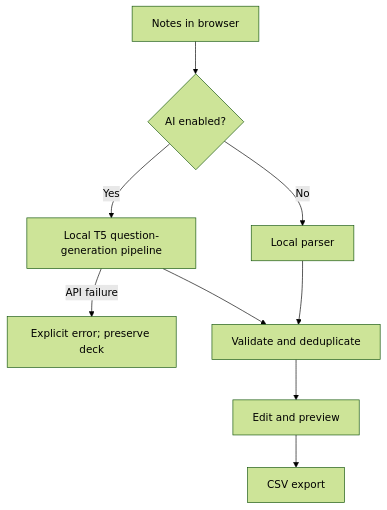
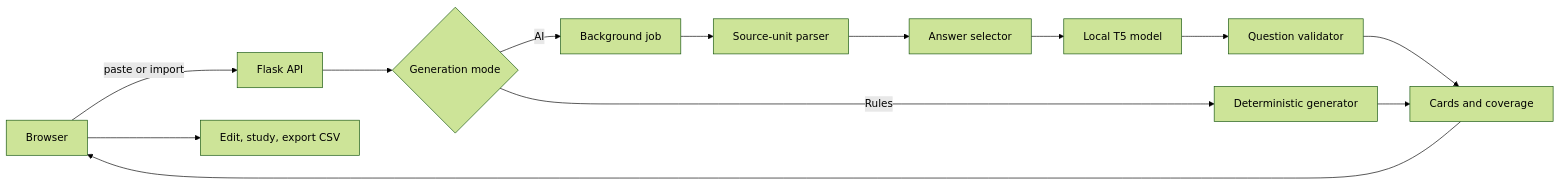
One commit to kevinhshen/Flashcard-Generator-AI changed the diagram in docs/architecture.md. Above: the diagram before and after it, drawn with Mermaid (forest theme). The commit also changed other lines of this file and 17 other files, not shown here.

````diff
--- a/docs/architecture.md
+++ b/docs/architecture.md
@@ -11,11 +9,15 @@
 ```mermaid
-flowchart TD
-    A[Notes in browser] --> B{AI enabled?}
-    B -- No --> C[Local parser]
-    B -- Yes --> D[Local T5 question-generation pipeline]
-    D -- API failure --> H[Explicit error; preserve deck]
-    C --> E[Validate and deduplicate]
-    D --> E
-    E --> F[Edit and preview]
-    F --> G[CSV export]
+flowchart LR
+    A[Browser] -->|paste or import| B[Flask API]
+    B --> C{Generation mode}
+    C -->|AI| D[Background job]
+    D --> E[Source-unit parser]
+    E --> F[Answer selector]
+    F --> G[Local T5 model]
+    G --> H[Question validator]
+    C -->|Rules| I[Deterministic generator]
+    H --> J[Cards and coverage]
+    I --> J
+    J --> A
+    A --> K[Edit, study, export CSV]
 ```
````
